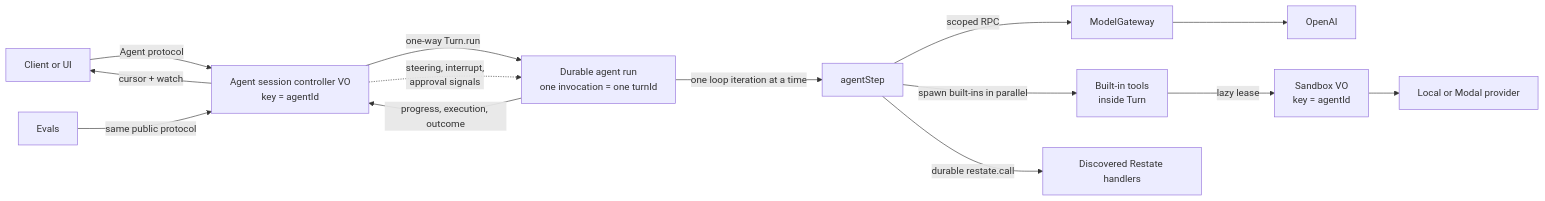
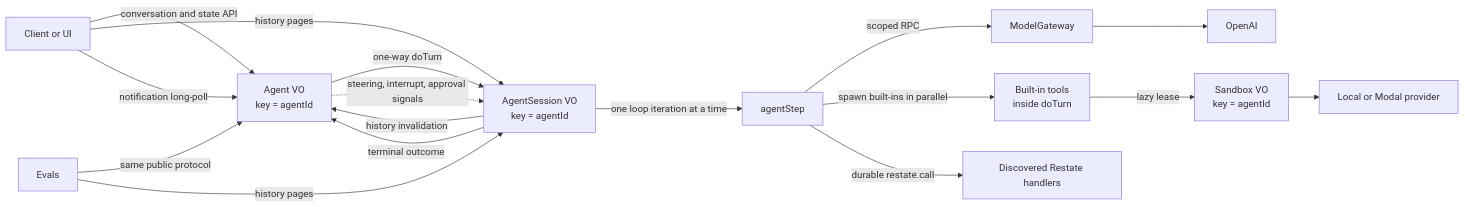
Before and after one commit to restatedev/agent: the diagram in docs/README.md, drawn with Mermaid. The commit also changed other lines of this file and 10 other files, not shown here.

Commit message:
docs: align guides with agent session architecture

````diff
--- a/docs/README.md
+++ b/docs/README.md
@@ -44,16 +35,19 @@
 ```mermaid
 flowchart LR
-  C["Client or UI"] -->|"Agent protocol"| A["Agent session controller VO\nkey = agentId"]
-  A -->|"one-way Turn.run"| T["Durable agent run\none invocation = one turnId"]
-  A -.->|"steering, interrupt,\napproval signals"| T
-  T -->|"one loop iteration at a time"| S["agentStep"]
-  S -->|"scoped RPC"| G["ModelGateway"]
+  C["Client or UI"] -->|"conversation and state API"| A["Agent VO\nkey = agentId"]
+  C -->|"history pages"| S["AgentSession VO\nkey = agentId"]
+  C -->|"notification long-poll"| A
+  A -->|"one-way doTurn"| S
+  A -.->|"steering, interrupt, approval signals"| S
+  S -->|"one loop iteration at a time"| Step["agentStep"]
+  Step -->|"scoped RPC"| G["ModelGateway"]
   G --> O["OpenAI"]
-  S -->|"spawn built-ins in parallel"| B["Built-in tools\ninside Turn"]
-  S -->|"durable restate.call"| D["Discovered Restate handlers"]
+  Step -->|"spawn built-ins in parallel"| B["Built-in tools\ninside doTurn"]
+  Step -->|"durable restate.call"| D["Discovered Restate handlers"]
   B -->|"lazy lease"| X["Sandbox VO\nkey = agentId"]
   X --> P["Local or Modal provider"]
-  T -->|"progress, execution, outcome"| A
-  A -->|"cursor + watch"| C
+  S -->|"history invalidation"| A
+  S -->|"terminal outcome"| A
   E["Evals"] -->|"same public protocol"| A
+  E -->|"history pages"| S
 ```
````
